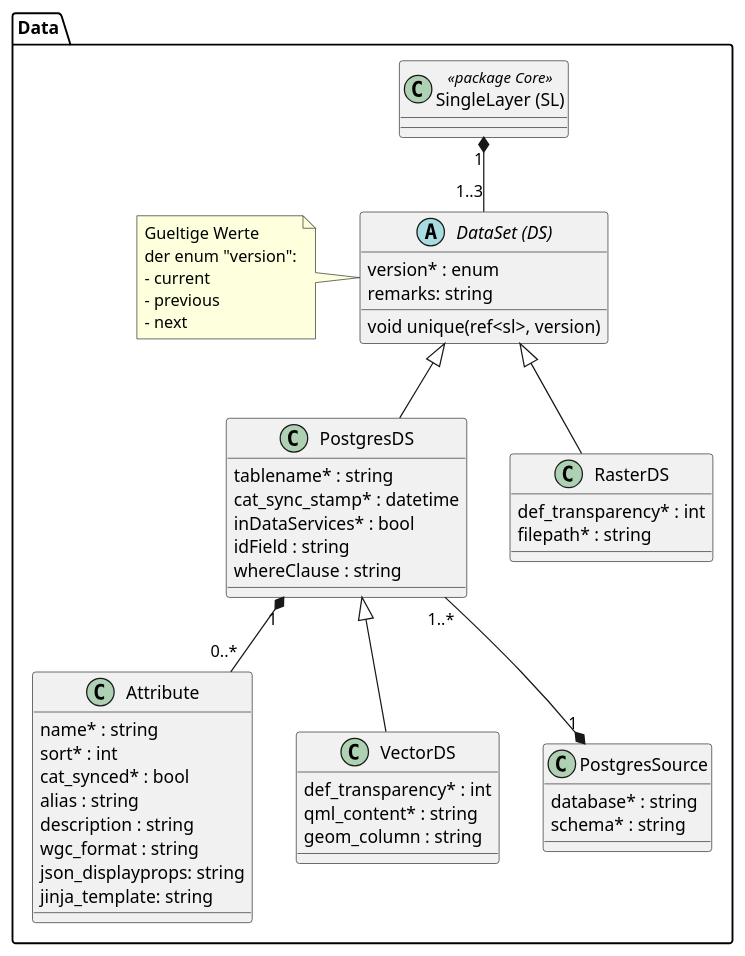
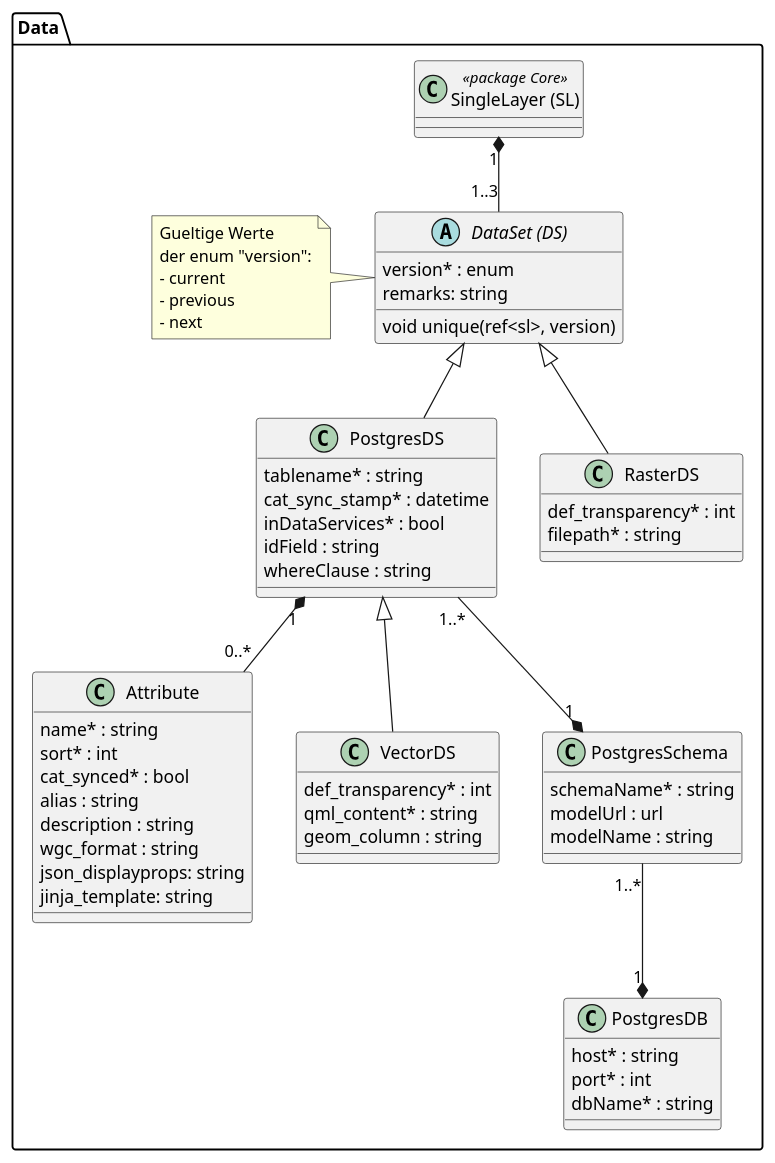
One commit to simi-so/mm changed the diagram in puml/src/simi_data.puml. Above: the diagram before and after it, drawn with PlantUML. The commit also changed 8 other files, not shown here.

```diff
--- a/puml/src/simi_data.puml
+++ b/puml/src/simi_data.puml
@@ -1,67 +1,74 @@
 @startuml
-
 package Data {
 
   class "SingleLayer (SL)" as sl << package Core >> {
   }
 
   abstract class "DataSet (DS)" as ds {
     version* : enum
     remarks: string
     void unique(ref<sl>, version)
   }
 
   note left
     Gueltige Werte
     der enum "version":
     - current
     - previous
     - next
   end note
-  
+
   class "PostgresDS" as pds {
     tablename* : string
     cat_sync_stamp* : datetime
     inDataServices* : bool
     idField : string
     whereClause : string
   }
-  
+
+  class "PostgresDB" as pdb {
+    host* : string
+    port* : int
+    dbName* : string
+  }
+
   class "Attribute" as attr {
     name* : string
     sort* : int
     cat_synced* : bool
     alias : string
     description : string
     wgc_format : string
     json_displayprops: string
     jinja_template: string
   }
-  
+
   class "VectorDS" as vds {
     def_transparency* : int
     qml_content* : string
     geom_column : string
   }
-  
+
   class "RasterDS" as rds {
     def_transparency* : int
     filepath* : string
   }
-  
-  class "PostgresSource" as pgsrc {
-    database* : string
-    schema* : string
+
+  class "PostgresSchema" as pgs {
+    schemaName* : string
+    modelUrl : url
+    modelName : string
   }
-  
+
   ds <|-- rds
   ds <|-- pds
   pds <|-- vds
 
   sl "1" *-- "1..3" ds
-  
-  pds "1..*" --* "1" pgsrc
+
+  pds "1..*" --* "1" pgs
   pds "1" *-- "0..*" attr
+
+  pgs "1..*" --* "1" pdb
 }
-
 @enduml
```
